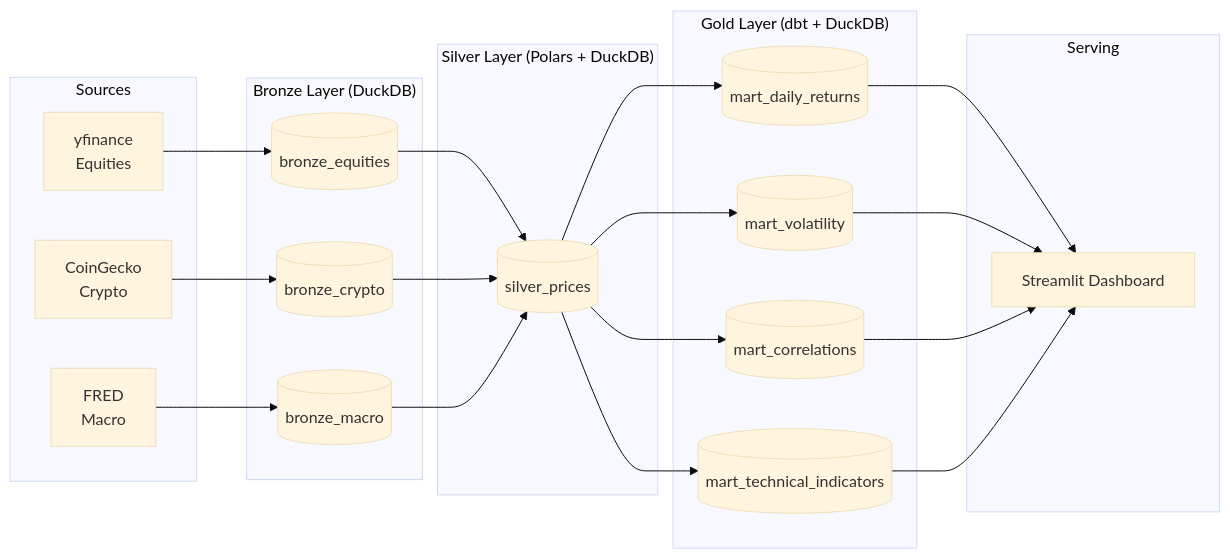
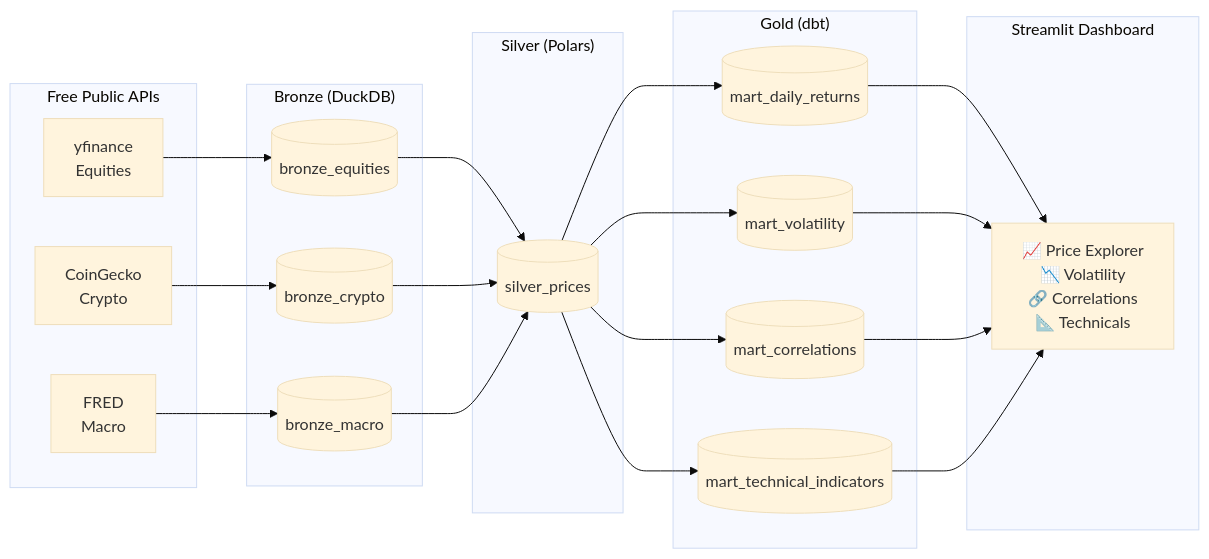
One commit to RoPeak/MarketLens changed the diagram in README.md. Above: the diagram before and after it, drawn with Mermaid (base theme). The commit also changed other lines of this file and 6 other files, not shown here.

Commit message:
feat: add Streamlit dashboard, prefect flow, and general project polish

````diff
--- a/README.md
+++ b/README.md
@@ -10,31 +32,31 @@
 ```mermaid
 flowchart LR
-    subgraph Sources
-        A[yfinance\nEquities]
-        B[CoinGecko\nCrypto]
-        C[FRED\nMacro]
+    subgraph Sources["Free Public APIs"]
+        A["yfinance\nEquities"]
+        B["CoinGecko\nCrypto"]
+        C["FRED\nMacro"]
     end
-    subgraph Bronze ["Bronze Layer (DuckDB)"]
+    subgraph Bronze["Bronze (DuckDB)"]
         D[(bronze_equities)]
         E[(bronze_crypto)]
         F[(bronze_macro)]
     end
-    subgraph Silver ["Silver Layer (Polars + DuckDB)"]
+    subgraph Silver["Silver (Polars)"]
         G[(silver_prices)]
     end
-    subgraph Gold ["Gold Layer (dbt + DuckDB)"]
+    subgraph Gold["Gold (dbt)"]
         H[(mart_daily_returns)]
         I[(mart_volatility)]
         J[(mart_correlations)]
         K[(mart_technical_indicators)]
     end
-    subgraph Serving
-        L[Streamlit Dashboard]
+    subgraph App["Streamlit Dashboard"]
+        L["📈 Price Explorer\n📉 Volatility\n🔗 Correlations\n📐 Technicals"]
     end
     A --> D
     B --> E
     C --> F
     D & E & F --> G
     G --> H & I & J & K
     H & I & J & K --> L
 ```
````
